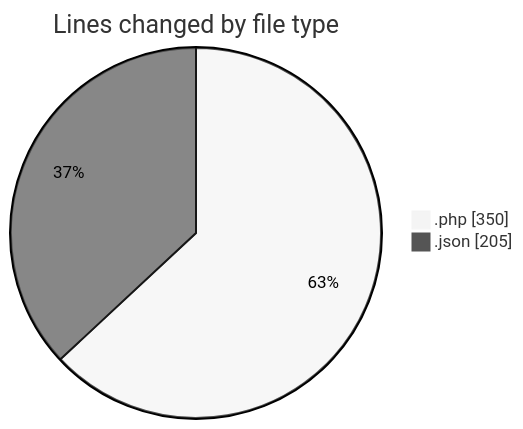
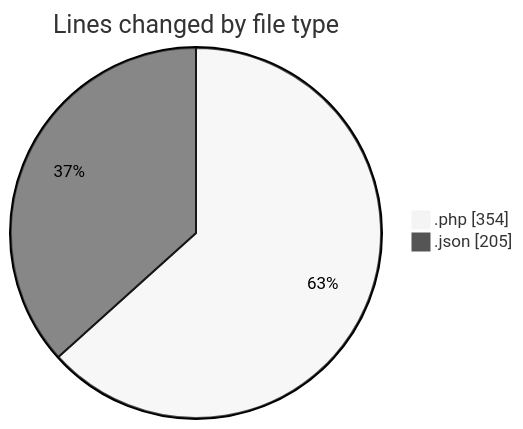
Before and after one commit to idhammustaqopulfikri/code-tracking: the first of 2 diagrams in 2025-04-13/autodidak/README.md, drawn with Mermaid (neutral theme). The commit also changed other lines of this file and 1 other file, not shown here.

````diff
--- a/2025-04-13/autodidak/README.md
+++ b/2025-04-13/autodidak/README.md
@@ -27,6 +27,6 @@
 ```mermaid
 pie showData
 title Lines changed by file type
-".php" : 350
+".php" : 354
 ".json" : 205
 ```
````
